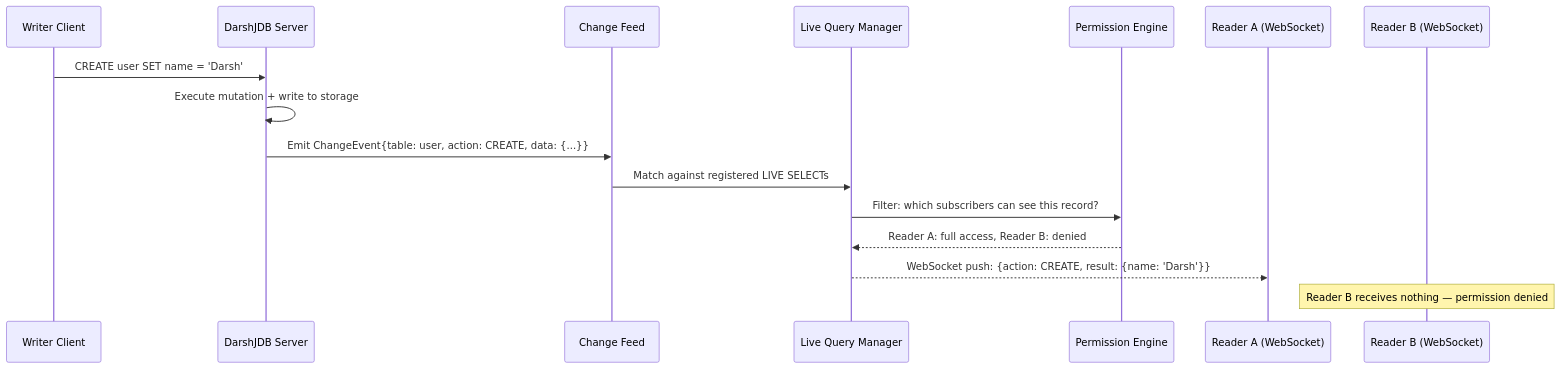
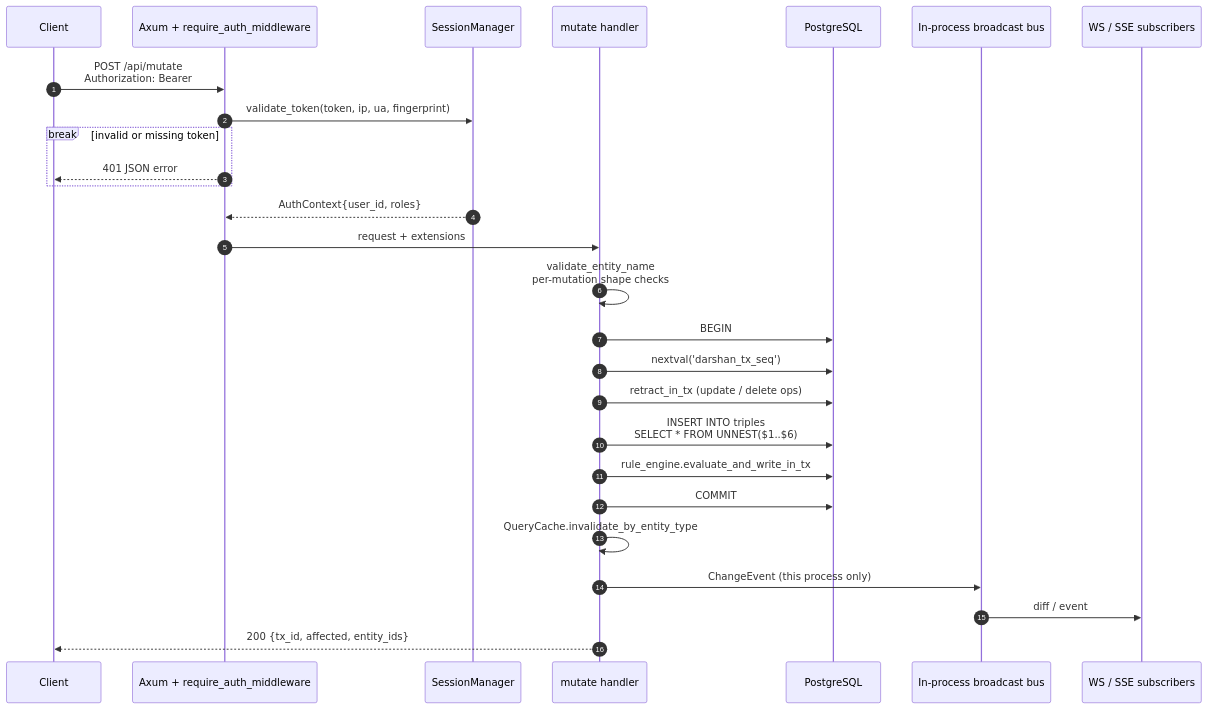
The second of 4 diagrams in README.md (darshjme/darshjdb), drawn with Mermaid before and after one commit. The commit also changed other lines of this file, not shown here.

First line of the commit message:
docs: rewrite README against verified code state

````diff
--- a/README.md
+++ b/README.md
@@ -302,19 +341,30 @@
 ```mermaid
 sequenceDiagram
-    participant W as Writer Client
-    participant S as DarshJDB Server
-    participant CF as Change Feed
-    participant LQM as Live Query Manager
-    participant P as Permission Engine
-    participant R1 as Reader A (WebSocket)
-    participant R2 as Reader B (WebSocket)
+    autonumber
+    participant C as Client
+    participant A as Axum + require_auth_middleware
+    participant AU as SessionManager
+    participant H as mutate handler
+    participant PG as PostgreSQL
+    participant B as In-process broadcast bus
+    participant S as WS / SSE subscribers
 
-    W->>S: CREATE user SET name = 'Darsh'
-    S->>S: Execute mutation + write to storage
-    S->>CF: Emit ChangeEvent{table: user, action: CREATE, data: {...}}
-    CF->>LQM: Match against registered LIVE SELECTs
-    LQM->>P: Filter: which subscribers can see this record?
-    P-->>LQM: Reader A: full access, Reader B: denied
-    LQM-->>R1: WebSocket push: {action: CREATE, result: {name: 'Darsh'}}
-    Note over R2: Reader B receives nothing — permission denied
+    C->>A: POST /api/mutate<br/>Authorization: Bearer
+    A->>AU: validate_token(token, ip, ua, fingerprint)
+    break invalid or missing token
+        A-->>C: 401 JSON error
+    end
+    AU-->>A: AuthContext{user_id, roles}
+    A->>H: request + extensions
+    H->>H: validate_entity_name<br/>per-mutation shape checks
+    H->>PG: BEGIN
+    H->>PG: nextval('darshan_tx_seq')
+    H->>PG: retract_in_tx (update / delete ops)
+    H->>PG: INSERT INTO triples<br/>SELECT * FROM UNNEST($1..$6)
+    H->>PG: rule_engine.evaluate_and_write_in_tx
+    H->>PG: COMMIT
+    H->>H: QueryCache.invalidate_by_entity_type
+    H->>B: ChangeEvent (this process only)
+    B->>S: diff / event
+    H-->>C: 200 {tx_id, affected, entity_ids}
 ```
````
